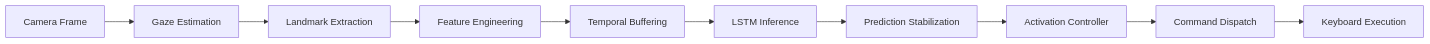
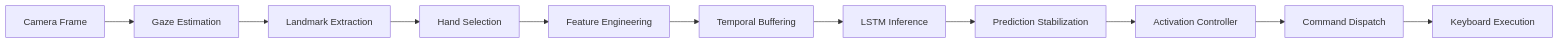
The diagram in docs/architecture/system-overview.md (ntsrigaud/Maestro), drawn with Mermaid before and after one commit. The commit also changed other lines of this file and 5 other files, not shown here.

First line of the commit message:
docs: align architecture documentation with current implementation

````diff
--- a/docs/architecture/system-overview.md
+++ b/docs/architecture/system-overview.md
@@ -64,12 +64,13 @@
 ```mermaid
 graph LR
     A[Camera Frame] --> B[Gaze Estimation]
     B --> C[Landmark Extraction]
-    C --> D[Feature Engineering]
+    C --> Cs[Hand Selection]
+    Cs --> D[Feature Engineering]
     D --> E[Temporal Buffering]
     E --> F[LSTM Inference]
     F --> G[Prediction Stabilization]
     G --> H[Activation Controller]
     H --> I[Command Dispatch]
     I --> J[Keyboard Execution]
 ```
````
